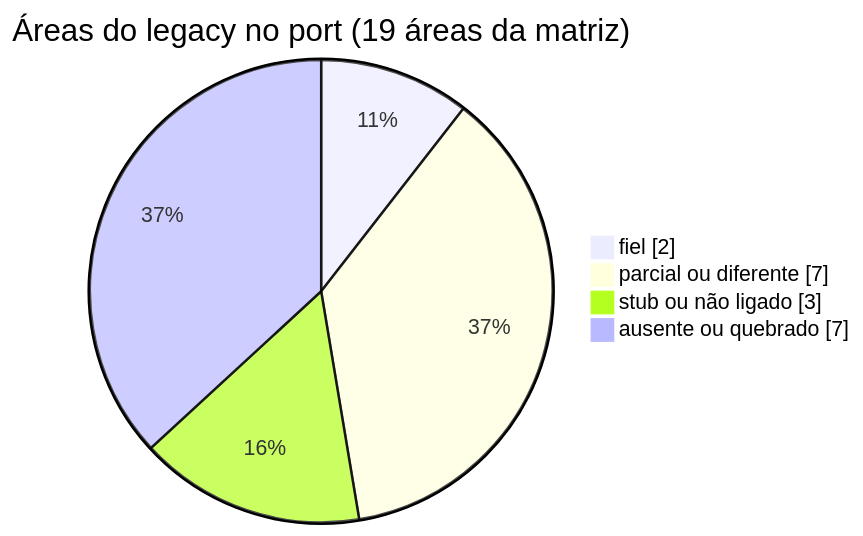
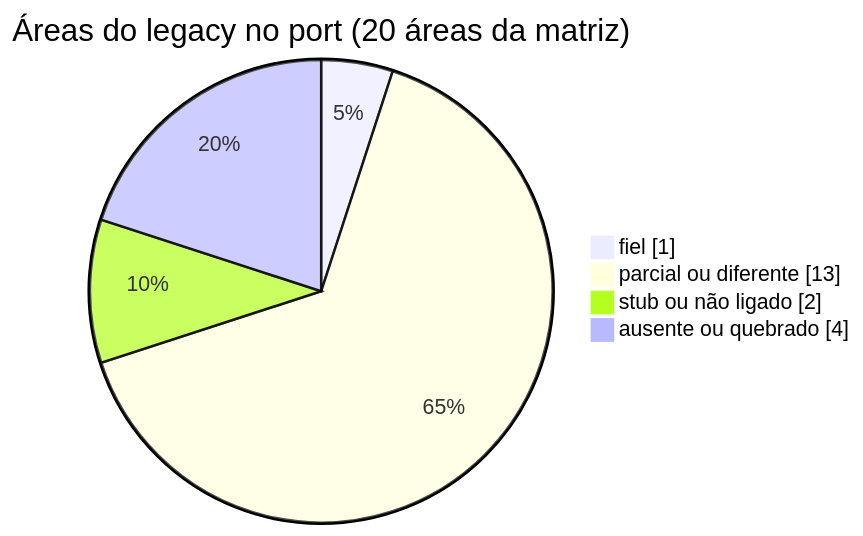
Before and after one commit to Guiimartinho/gnss-bike-computer: the first of 2 diagrams in docs/10-status-do-port.md, drawn with Mermaid. The commit also changed other lines of this file and 110 other files, not shown here.

````diff
--- a/docs/10-status-do-port.md
+++ b/docs/10-status-do-port.md
@@ -14,8 +14,8 @@
 ```mermaid
 pie showData
-    title Áreas do legacy no port (19 áreas da matriz)
-    "fiel" : 2
-    "parcial ou diferente" : 7
-    "stub ou não ligado" : 3
-    "ausente ou quebrado" : 7
+    title Áreas do legacy no port (20 áreas da matriz)
+    "fiel" : 1
+    "parcial ou diferente" : 13
+    "stub ou não ligado" : 2
+    "ausente ou quebrado" : 4
 ```
````
